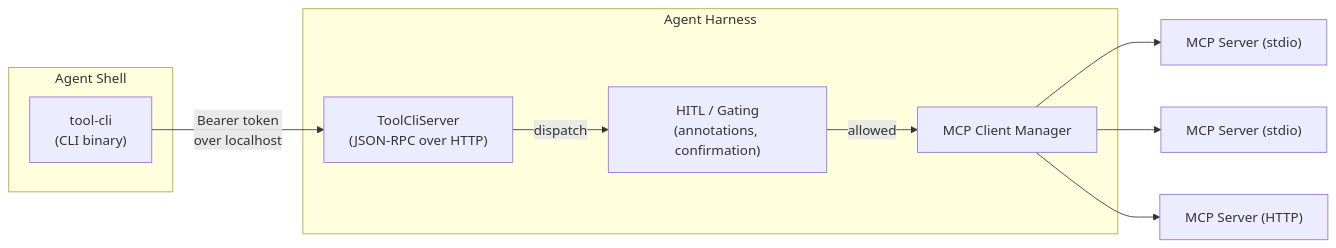
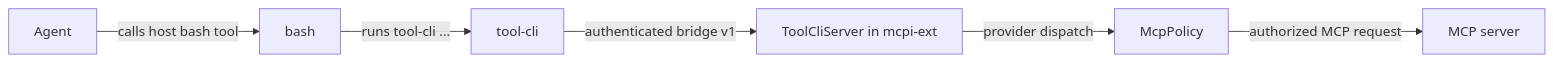
Before and after one commit to SamMorrowDrums/tool-cli: the diagram in README.md, drawn with Mermaid. The commit also changed other lines of this file and 2 other files, not shown here.

First line of the commit message:
docs: clarify mcpi tool-cli integration

````diff
--- a/README.md
+++ b/README.md
@@ -196,19 +303,8 @@
 ```mermaid
 flowchart LR
-    subgraph Agent Shell
-        CLI["tool-cli\n(CLI binary)"]
-    end
-
-    subgraph Agent Harness
-        RPC["ToolCliServer\n(JSON-RPC over HTTP)"]
-        MCM["MCP Client Manager"]
-        HITL["HITL / Gating\n(annotations, confirmation)"]
-        RPC -->|"dispatch"| HITL
-        HITL -->|"allowed"| MCM
-    end
-
-    CLI -->|"Bearer token\nover localhost"| RPC
-    MCM --> S1["MCP Server (stdio)"]
-    MCM --> S2["MCP Server (stdio)"]
-    MCM --> S3["MCP Server (HTTP)"]
+    Agent["Agent"] -->|"calls host bash tool"| Bash["bash"]
+    Bash -->|"runs tool-cli ..."| CLI["tool-cli"]
+    CLI -->|"authenticated bridge v1"| Bridge["ToolCliServer in mcpi-ext"]
+    Bridge -->|"provider dispatch"| Policy["McpPolicy"]
+    Policy -->|"authorized MCP request"| MCP["MCP server"]
 ```
````
